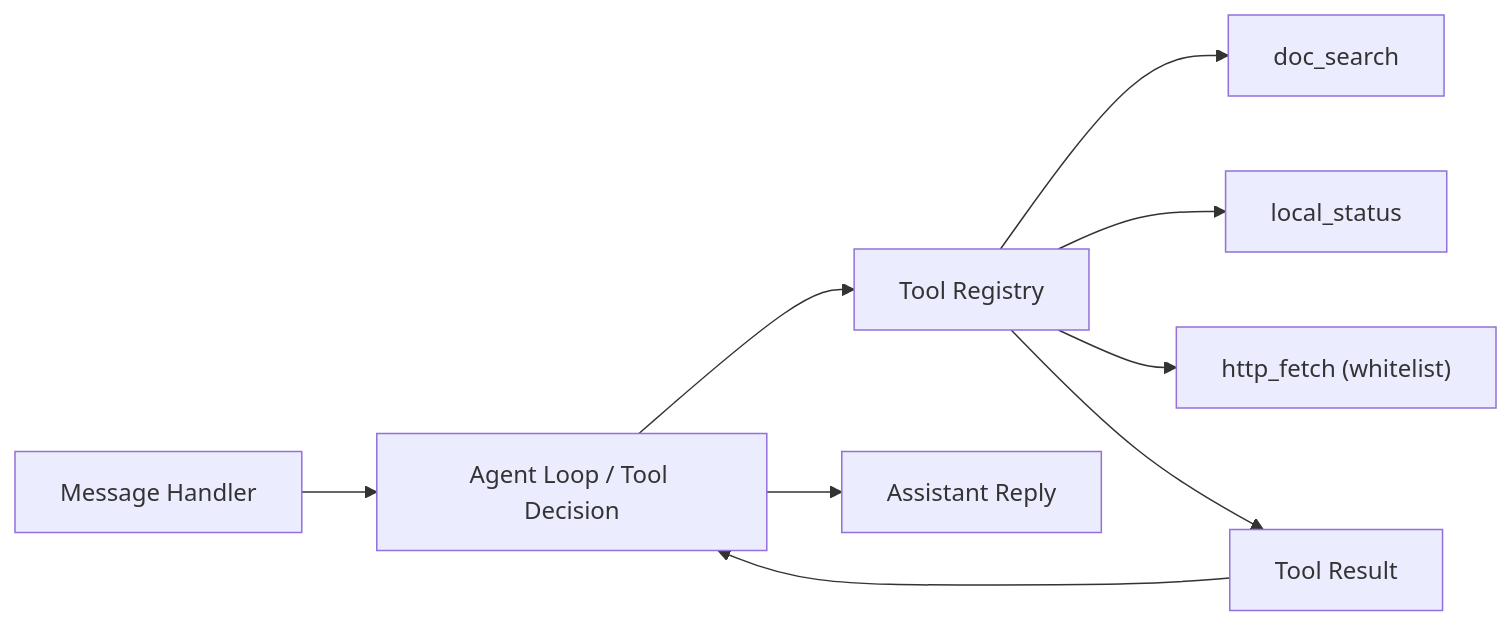
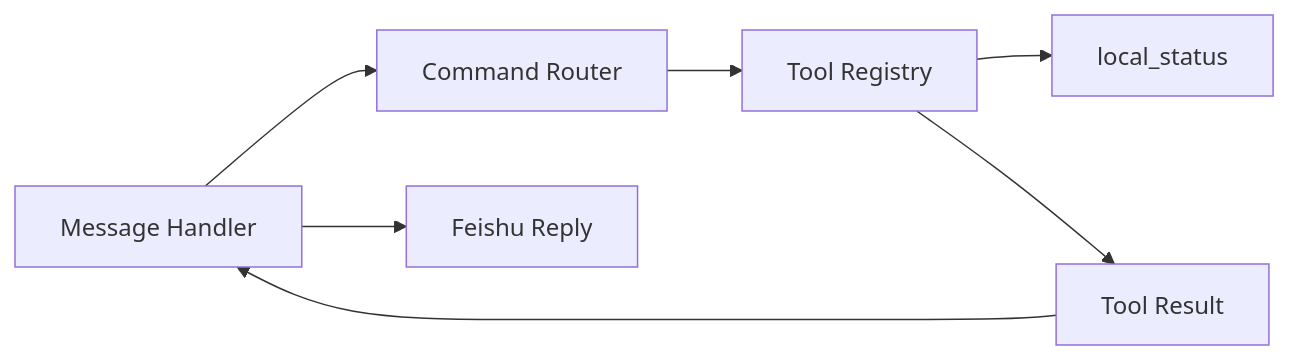
Before and after one commit to WarrenJones/liteClaw: the fourth of 6 diagrams in docs/phases-implementation-guide.md, drawn with Mermaid. The commit also changed other lines of this file and 11 other files, not shown here.

First line of the commit message:
Add tool registry skeleton and runtime status snapshot

````diff
--- a/docs/phases-implementation-guide.md
+++ b/docs/phases-implementation-guide.md
@@ -267,11 +268,9 @@
 ```mermaid
 flowchart LR
-    H["Message Handler"] --> A["Agent Loop / Tool Decision"]
-    A --> T["Tool Registry"]
-    T --> T1["doc_search"]
-    T --> T2["local_status"]
-    T --> T3["http_fetch (whitelist)"]
+    H["Message Handler"] --> C["Command Router"]
+    C --> T["Tool Registry"]
+    T --> T1["local_status"]
     T --> R["Tool Result"]
-    R --> A
-    A --> Reply["Assistant Reply"]
+    R --> H
+    H --> Reply["Feishu Reply"]
 ```
````
